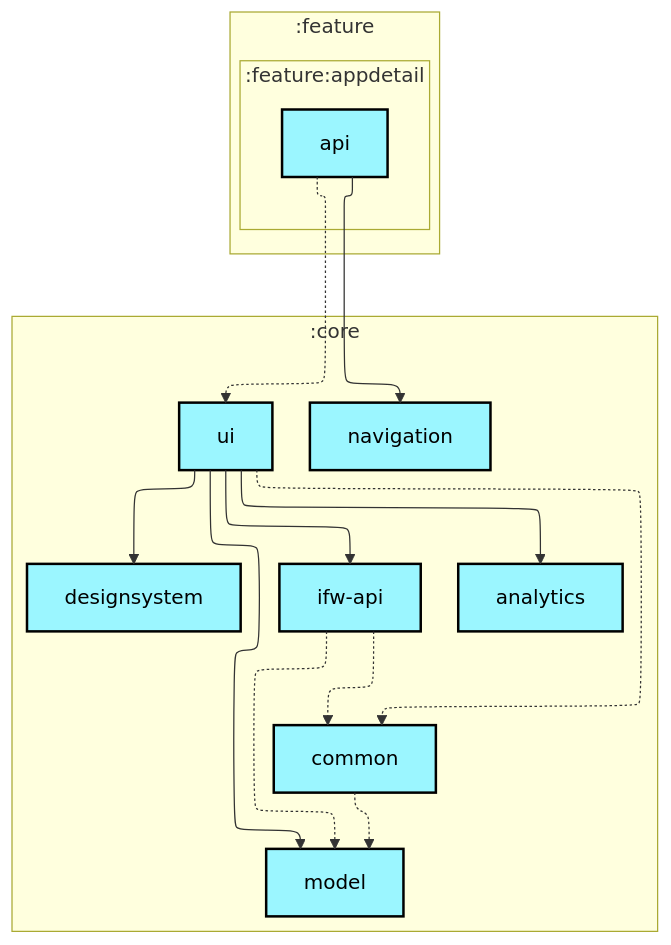
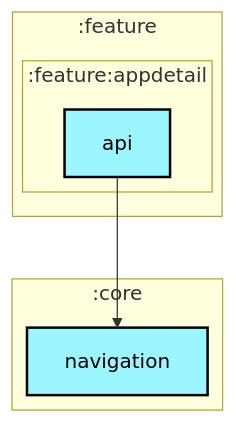
The first of 2 diagrams in feature/appdetail/api/README.md (lihenggui/blocker), drawn with Mermaid before and after one commit. The commit also changed 29 other files, not shown here.

First line of the commit message:
Update module dependency graphs after boundary cleanup

````diff
--- a/feature/appdetail/api/README.md
+++ b/feature/appdetail/api/README.md
@@ -6,44 +6,29 @@
 ```mermaid
 ---
 config:
   layout: elk
   elk:
     nodePlacementStrategy: SIMPLE
 ---
 graph TB
   subgraph :feature
     direction TB
     subgraph :feature:appdetail
       direction TB
       :feature:appdetail:api[api]:::android-library
     end
   end
   subgraph :core
     direction TB
-    :core:analytics[analytics]:::android-library
-    :core:common[common]:::android-library
-    :core:designsystem[designsystem]:::android-library
-    :core:ifw-api[ifw-api]:::android-library
-    :core:model[model]:::android-library
     :core:navigation[navigation]:::android-library
-    :core:ui[ui]:::android-library
   end
 
-  :core:common -.-> :core:model
-  :core:ifw-api -.-> :core:common
-  :core:ifw-api -.-> :core:model
-  :core:ui --> :core:analytics
-  :core:ui -.-> :core:common
-  :core:ui --> :core:designsystem
-  :core:ui --> :core:ifw-api
-  :core:ui --> :core:model
   :feature:appdetail:api --> :core:navigation
-  :feature:appdetail:api -.-> :core:ui
 
 classDef android-application fill:#CAFFBF,stroke:#000,stroke-width:2px,color:#000;
 classDef android-feature fill:#FFD6A5,stroke:#000,stroke-width:2px,color:#000;
 classDef android-library fill:#9BF6FF,stroke:#000,stroke-width:2px,color:#000;
 classDef android-test fill:#A0C4FF,stroke:#000,stroke-width:2px,color:#000;
 classDef jvm-library fill:#BDB2FF,stroke:#000,stroke-width:2px,color:#000;
 classDef unknown fill:#FFADAD,stroke:#000,stroke-width:2px,color:#000;
 ```
````
